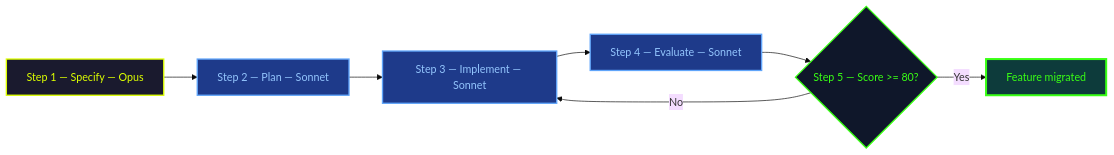
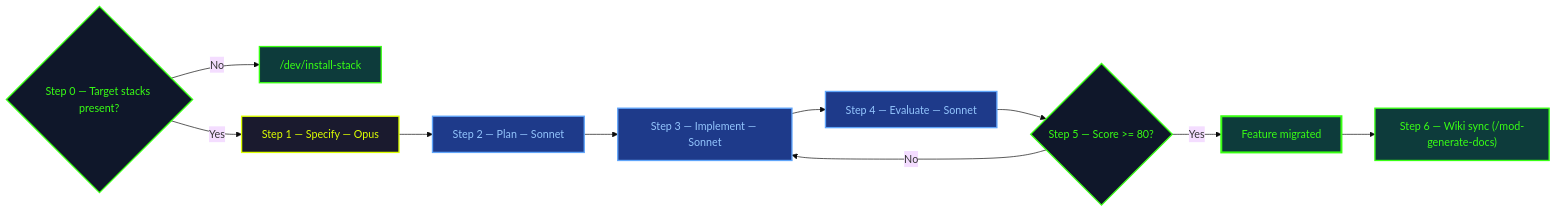
Before and after one commit to fondative/claude-code-ecosystem: the seventh of 15 diagrams in docs/en/guide/methodology.md, drawn with Mermaid (base theme). The commit also changed other lines of this file and 260 other files, not shown here.

````diff
--- a/docs/en/guide/methodology.md
+++ b/docs/en/guide/methodology.md
@@ -314,23 +328,32 @@
 ```mermaid
 graph LR
+    Z{"Step 0 — Target stacks present?"}
+    INST["/dev/install-stack"]
     S["Step 1 — Specify — Opus"]
     P["Step 2 — Plan — Sonnet"]
     I["Step 3 — Implement — Sonnet"]
     C["Step 4 — Evaluate — Sonnet"]
     Q{"Step 5 — Score >= 80?"}
     OK["Feature migrated"]
+    W["Step 6 — Wiki sync (/mod-generate-docs)"]
 
+    Z -->|Yes| S
+    Z -->|No| INST
     S --> P --> I --> C --> Q
     Q -->|Yes| OK
     Q -->|No| I
+    OK --> W
 
     classDef opus fill:#1a1a2e,stroke:#ddff00,stroke-width:2px,color:#ddff00
     classDef sonnet fill:#1e3a8a,stroke:#60a5fa,stroke-width:2px,color:#93c5fd
     classDef check fill:#0f172a,stroke:#39ff14,stroke-width:2px,color:#39ff14
     classDef done fill:#0d3b3b,stroke:#39ff14,stroke-width:3px,color:#39ff14
 
+    classDef cmd fill:#0d3b3b,stroke:#39ff14,stroke-width:2px,color:#39ff14
+
     class S opus
     class P,I,C sonnet
-    class Q check
+    class Z,Q check
     class OK done
+    class INST,W cmd
 ```
````
